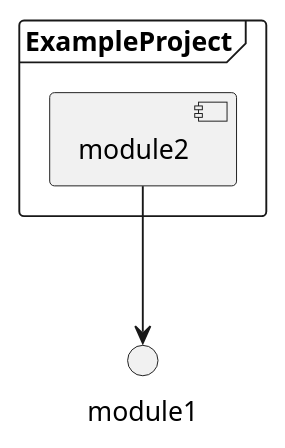
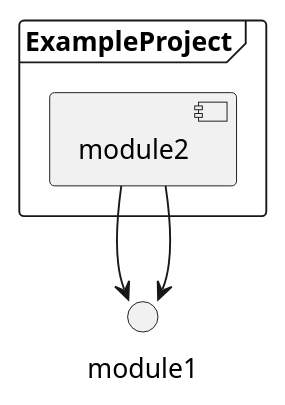
Before and after one commit to danakuban/docsGradlePlugin: the diagram in exampleProject/system2/docs/system.puml, drawn with PlantUML. The commit also changed 15 other files, not shown here.

```diff
--- a/exampleProject/system2/docs/system.puml
+++ b/exampleProject/system2/docs/system.puml
@@ -1,10 +1,12 @@
 @startuml
 
 frame ExampleProject {
-    component "module2"
+    component module2
 }
 
 'Dependencies
 module2 --> module1
+'Dependencies
+module2 --> module1
 
 @enduml
```
